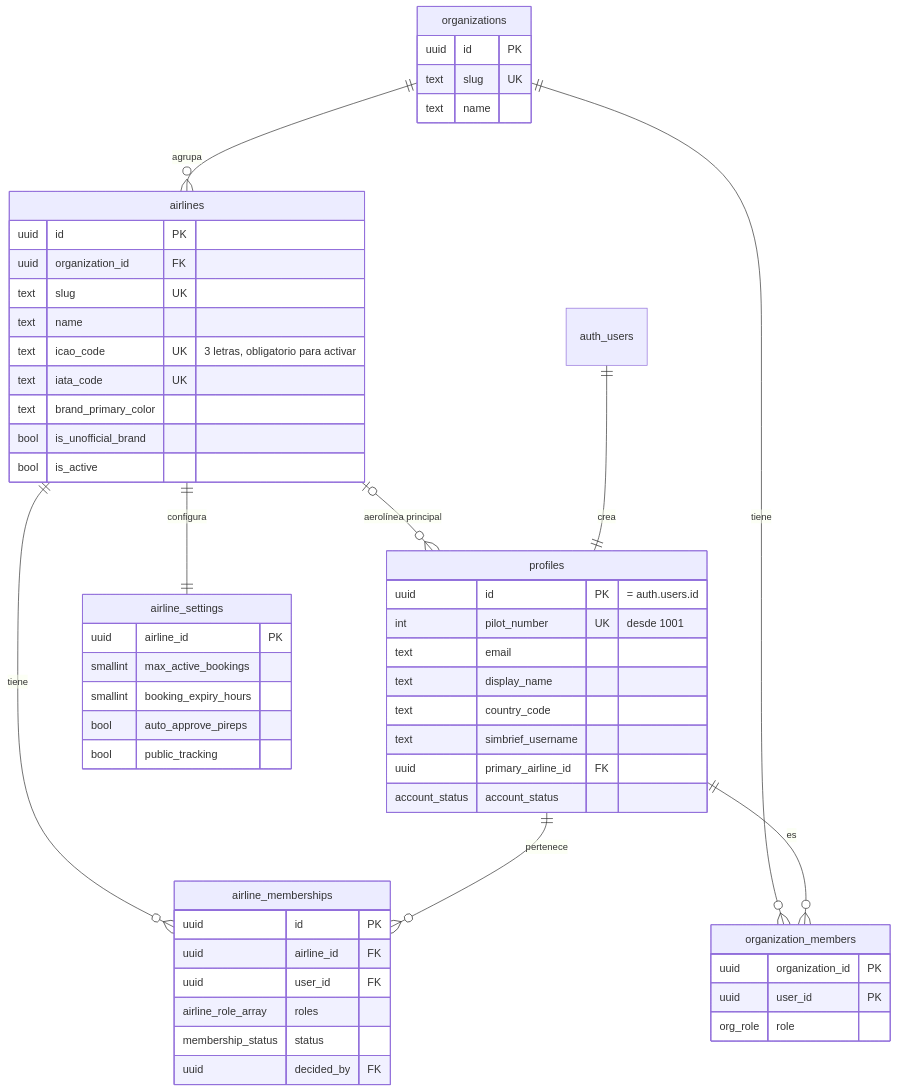
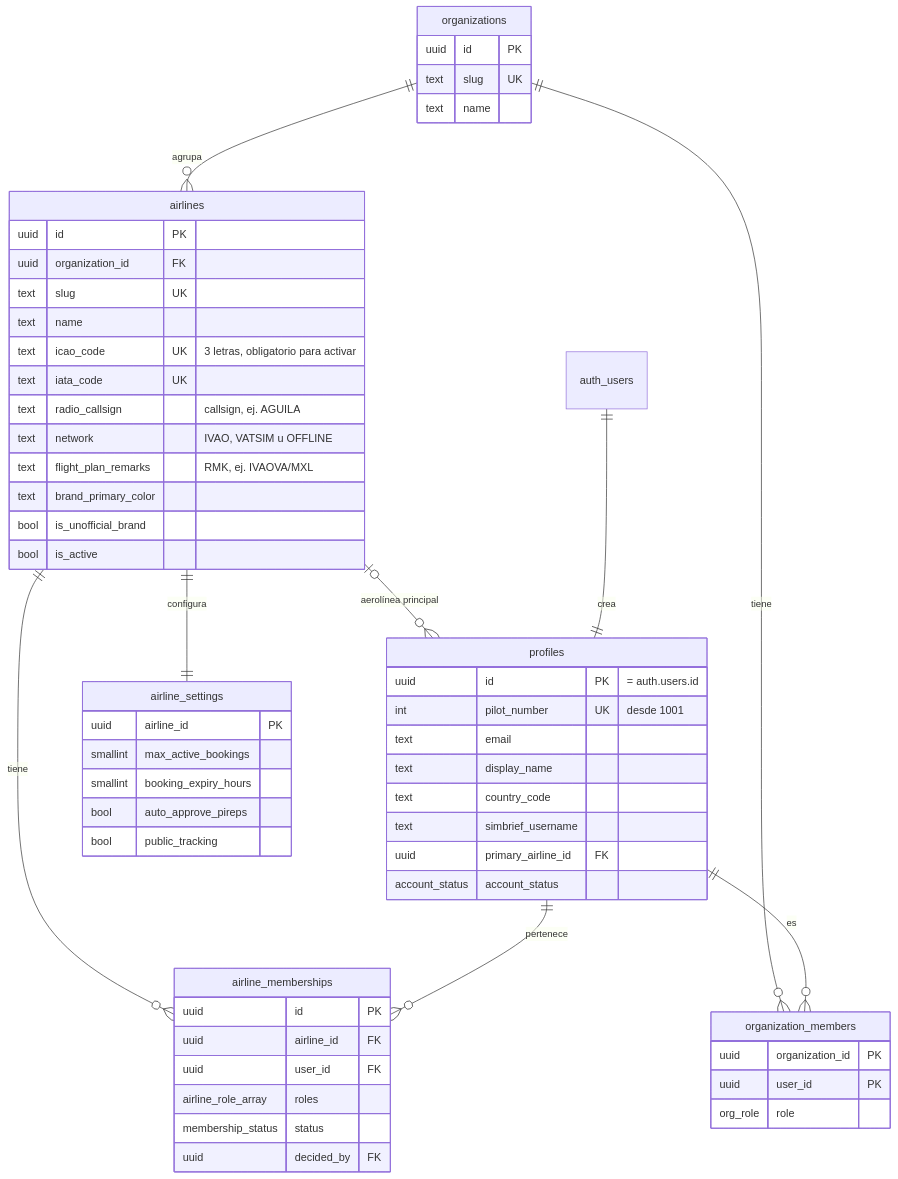
Before and after one commit to INAVAE/lam-virtual-acars: the diagram in docs/database/data-model.md, drawn with Mermaid. The commit also changed other lines of this file and 17 other files, not shown here.

````diff
--- a/docs/database/data-model.md
+++ b/docs/database/data-model.md
@@ -7,58 +7,61 @@
 ```mermaid
 erDiagram
   organizations ||--o{ airlines : agrupa
   organizations ||--o{ organization_members : tiene
   profiles ||--o{ organization_members : es
   airlines ||--|| airline_settings : configura
   airlines ||--o{ airline_memberships : tiene
   profiles ||--o{ airline_memberships : pertenece
   airlines |o--o{ profiles : "aerolínea principal"
   auth_users ||--|| profiles : crea
 
   organizations {
     uuid id PK
     text slug UK
     text name
   }
   airlines {
     uuid id PK
     uuid organization_id FK
     text slug UK
     text name
     text icao_code UK "3 letras, obligatorio para activar"
     text iata_code UK
+    text radio_callsign "callsign, ej. AGUILA"
+    text network "IVAO, VATSIM u OFFLINE"
+    text flight_plan_remarks "RMK, ej. IVAOVA/MXL"
     text brand_primary_color
     bool is_unofficial_brand
     bool is_active
   }
   profiles {
     uuid id PK "= auth.users.id"
     int pilot_number UK "desde 1001"
     text email
     text display_name
     text country_code
     text simbrief_username
     uuid primary_airline_id FK
     account_status account_status
   }
   organization_members {
     uuid organization_id PK
     uuid user_id PK
     org_role role
   }
   airline_memberships {
     uuid id PK
     uuid airline_id FK
     uuid user_id FK
     airline_role_array roles
     membership_status status
     uuid decided_by FK
   }
   airline_settings {
     uuid airline_id PK
     smallint max_active_bookings
     smallint booking_expiry_hours
     bool auto_approve_pireps
     bool public_tracking
   }
 ```
````
